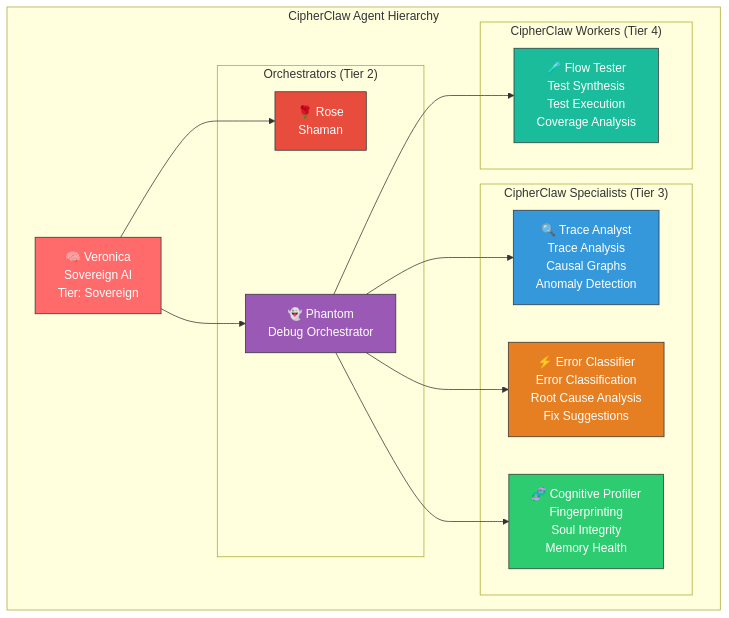
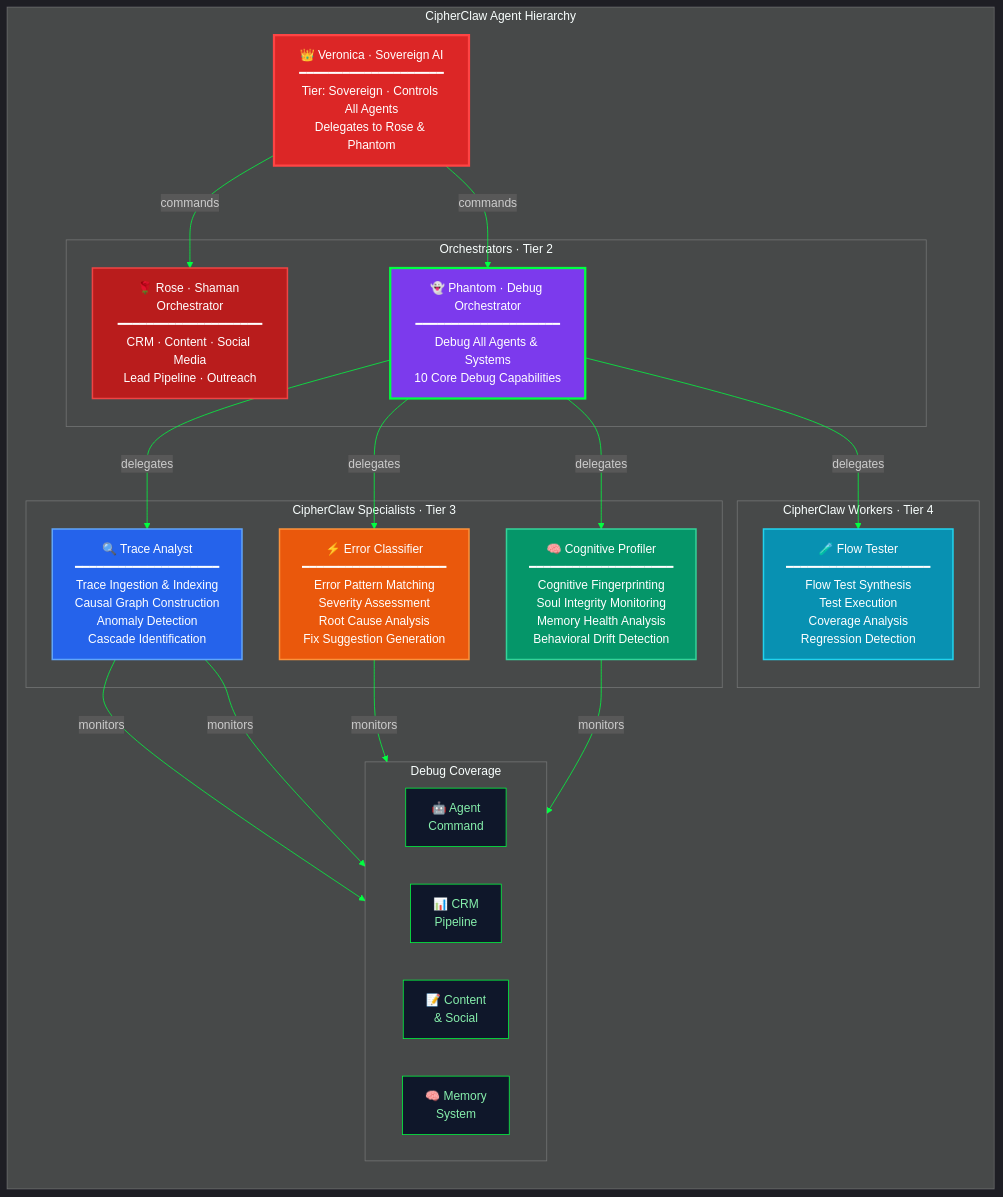
One commit to Alexi5000/CipherClaw changed the diagram in docs/diagrams/agent-hierarchy.mmd. Above: the diagram before and after it, drawn with Mermaid. The commit also changed 30 other files, not shown here.

```diff
--- a/docs/diagrams/agent-hierarchy.mmd
+++ b/docs/diagrams/agent-hierarchy.mmd
@@ -1,34 +1,57 @@
+%%{init: {'theme': 'dark', 'themeVariables': {'primaryColor': '#7c3aed', 'primaryTextColor': '#e0e0e0', 'primaryBorderColor': '#00ff41', 'lineColor': '#00ff41'}}}%%
+
 graph TB
-    subgraph "CipherClaw Agent Hierarchy"
-        V["🧠 Veronica<br/>Sovereign AI<br/>Tier: Sovereign"]
+    subgraph HIERARCHY["CipherClaw Agent Hierarchy"]
+        direction TB
 
-        subgraph "Orchestrators (Tier 2)"
-            R["🌹 Rose<br/>Shaman"]
-            P["👻 Phantom<br/>Debug Orchestrator"]
+        V["👑 Veronica · Sovereign AI<br/>━━━━━━━━━━━━━━━━━━━━<br/>Tier: Sovereign · Controls All Agents<br/>Delegates to Rose & Phantom"]
+
+        subgraph TIER2["Orchestrators · Tier 2"]
+            R["🌹 Rose · Shaman Orchestrator<br/>━━━━━━━━━━━━━━━━━━━━<br/>CRM · Content · Social Media<br/>Lead Pipeline · Outreach"]
+            PH["👻 Phantom · Debug Orchestrator<br/>━━━━━━━━━━━━━━━━━━━━<br/>Debug All Agents & Systems<br/>10 Core Debug Capabilities"]
         end
 
-        subgraph "CipherClaw Specialists (Tier 3)"
-            TA["🔍 Trace Analyst<br/>Trace Analysis<br/>Causal Graphs<br/>Anomaly Detection"]
-            EC["⚡ Error Classifier<br/>Error Classification<br/>Root Cause Analysis<br/>Fix Suggestions"]
-            CP["🧬 Cognitive Profiler<br/>Fingerprinting<br/>Soul Integrity<br/>Memory Health"]
+        V -->|"commands"| R
+        V -->|"commands"| PH
+
+        subgraph TIER3["CipherClaw Specialists · Tier 3"]
+            TA["🔍 Trace Analyst<br/>━━━━━━━━━━━━━━━━━━━━<br/>Trace Ingestion & Indexing<br/>Causal Graph Construction<br/>Anomaly Detection<br/>Cascade Identification"]
+            EC["⚡ Error Classifier<br/>━━━━━━━━━━━━━━━━━━━━<br/>Error Pattern Matching<br/>Severity Assessment<br/>Root Cause Analysis<br/>Fix Suggestion Generation"]
+            CP["🧠 Cognitive Profiler<br/>━━━━━━━━━━━━━━━━━━━━<br/>Cognitive Fingerprinting<br/>Soul Integrity Monitoring<br/>Memory Health Analysis<br/>Behavioral Drift Detection"]
         end
 
-        subgraph "CipherClaw Workers (Tier 4)"
-            FT["🧪 Flow Tester<br/>Test Synthesis<br/>Test Execution<br/>Coverage Analysis"]
+        PH -->|"delegates"| TA
+        PH -->|"delegates"| EC
+        PH -->|"delegates"| CP
+
+        subgraph TIER4["CipherClaw Workers · Tier 4"]
+            FT["🧪 Flow Tester<br/>━━━━━━━━━━━━━━━━━━━━<br/>Flow Test Synthesis<br/>Test Execution<br/>Coverage Analysis<br/>Regression Detection"]
         end
 
-        V --> R
-        V --> P
-        P --> TA
-        P --> EC
-        P --> CP
-        P --> FT
+        PH -->|"delegates"| FT
+
+        subgraph DOMAINS["Debug Coverage"]
+            direction LR
+            DA["🤖 Agent<br/>Command"]
+            DC["📊 CRM<br/>Pipeline"]
+            DS["📝 Content<br/>& Social"]
+            DM["🧠 Memory<br/>System"]
+        end
+
+        TA -->|"monitors"| DA
+        TA -->|"monitors"| DC
+        EC -->|"monitors"| DS
+        CP -->|"monitors"| DM
     end
 
-    style V fill:#ff6b6b,stroke:#333,color:#fff
-    style R fill:#e74c3c,stroke:#333,color:#fff
-    style P fill:#9b59b6,stroke:#333,color:#fff
-    style TA fill:#3498db,stroke:#333,color:#fff
-    style EC fill:#e67e22,stroke:#333,color:#fff
-    style CP fill:#2ecc71,stroke:#333,color:#fff
-    style FT fill:#1abc9c,stroke:#333,color:#fff
+    style V fill:#dc2626,stroke:#ff4444,stroke-width:3px,color:#fff
+    style R fill:#b91c1c,stroke:#ef4444,stroke-width:2px,color:#fff
+    style PH fill:#7c3aed,stroke:#00ff41,stroke-width:3px,color:#fff
+    style TA fill:#2563eb,stroke:#60a5fa,stroke-width:2px,color:#fff
+    style EC fill:#ea580c,stroke:#fb923c,stroke-width:2px,color:#fff
+    style CP fill:#059669,stroke:#34d399,stroke-width:2px,color:#fff
+    style FT fill:#0891b2,stroke:#22d3ee,stroke-width:2px,color:#fff
+    style DA fill:#0f172a,stroke:#00ff41,stroke-width:1px,color:#86efac
+    style DC fill:#0f172a,stroke:#00ff41,stroke-width:1px,color:#86efac
+    style DS fill:#0f172a,stroke:#00ff41,stroke-width:1px,color:#86efac
+    style DM fill:#0f172a,stroke:#00ff41,stroke-width:1px,color:#86efac
```
